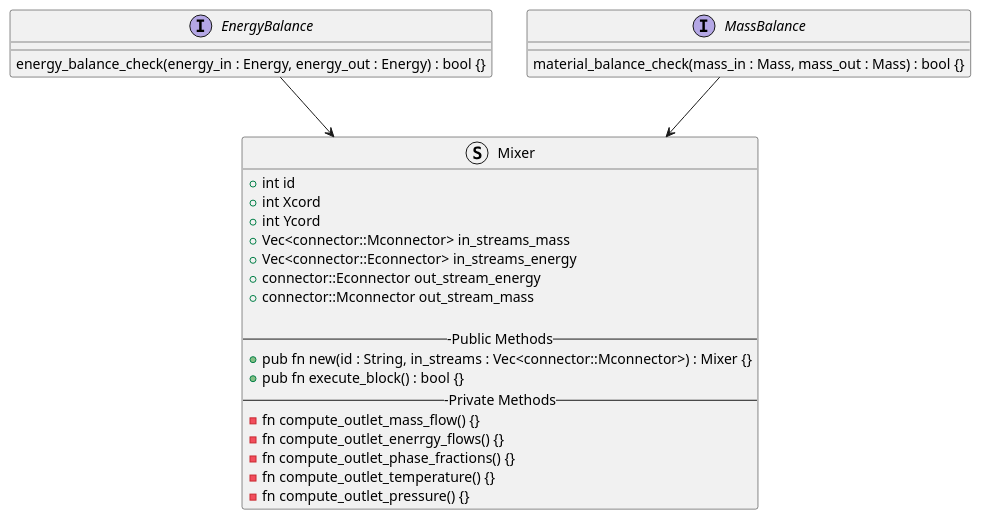
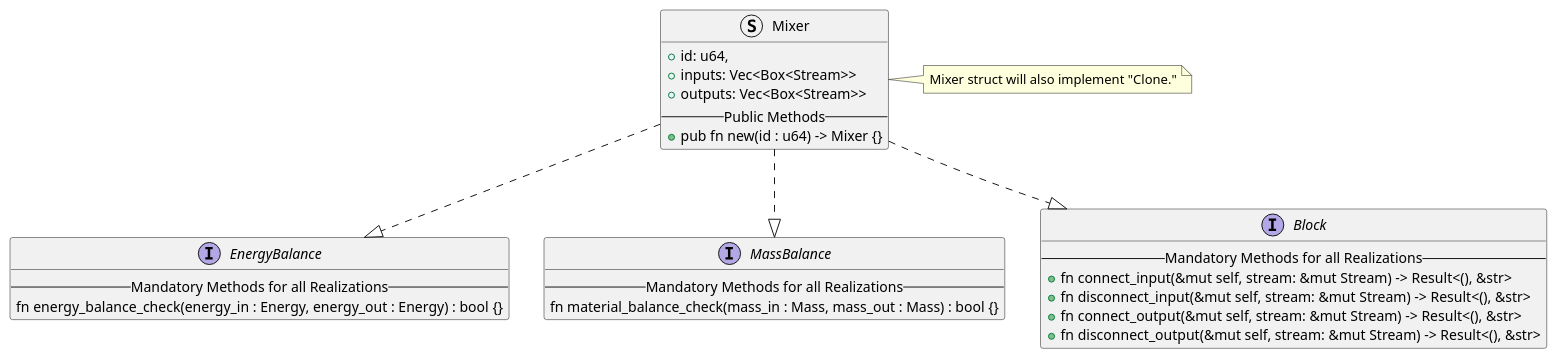
One commit to OSCPS-Project/OSCPS-UML changed the diagram in blocks-module/blocks-module.puml. Above: the diagram before and after it, drawn with PlantUML. The commit also changed 4 other files, not shown here.

First line of the commit message:
made some minor updates and cleanup to the class diagram

```diff
--- a/blocks-module/blocks-module.puml
+++ b/blocks-module/blocks-module.puml
@@ -1,36 +1,38 @@
 @startuml Blocks_Module_Class_Diagram
 
 Interface EnergyBalance {
-  energy_balance_check(energy_in : Energy, energy_out : Energy) : bool {} 
+    --Mandatory Methods for all Realizations--
+    fn energy_balance_check(energy_in : Energy, energy_out : Energy) : bool {} 
 }
 
 Interface MassBalance {
-  material_balance_check(mass_in : Mass, mass_out : Mass) : bool {}  
+    --Mandatory Methods for all Realizations--
+    fn material_balance_check(mass_in : Mass, mass_out : Mass) : bool {}  
+}
+
+Interface Block {
+    --Mandatory Methods for all Realizations--
+    + fn connect_input(&mut self, stream: &mut Stream) -> Result<(), &str>
+    + fn disconnect_input(&mut self, stream: &mut Stream) -> Result<(), &str>
+    + fn connect_output(&mut self, stream: &mut Stream) -> Result<(), &str>
+    + fn disconnect_output(&mut self, stream: &mut Stream) -> Result<(), &str>
 }
 
 
 Struct Mixer {
-  + int id
-  + int Xcord
-  + int Ycord
-  + Vec<connector::Mconnector> in_streams_mass
-  + Vec<connector::Econnector> in_streams_energy
-  + connector::Econnector out_stream_energy
-  + connector::Mconnector out_stream_mass
-
-  ---Public Methods--
-  + pub fn new(id : String, in_streams : Vec<connector::Mconnector>) : Mixer {}
-  + pub fn execute_block() : bool {}
-  ---Private Methods--
-  - fn compute_outlet_mass_flow() {}
-  - fn compute_outlet_enerrgy_flows() {}
-  - fn compute_outlet_phase_fractions() {}
-  - fn compute_outlet_temperature() {}
-  - fn compute_outlet_pressure() {} 
+  + id: u64,
+  + inputs: Vec<Box<Stream>>
+  + outputs: Vec<Box<Stream>>
+  --Public Methods--
+  + pub fn new(id : u64) -> Mixer {}
 }
 
-EnergyBalance --> Mixer
-MassBalance --> Mixer
+Mixer ..|> EnergyBalance
+Mixer ..|> MassBalance
+Mixer ..|> Block
 
+note right of Mixer
+  Mixer struct will also implement "Clone."
+end note
 
 @enduml
```
